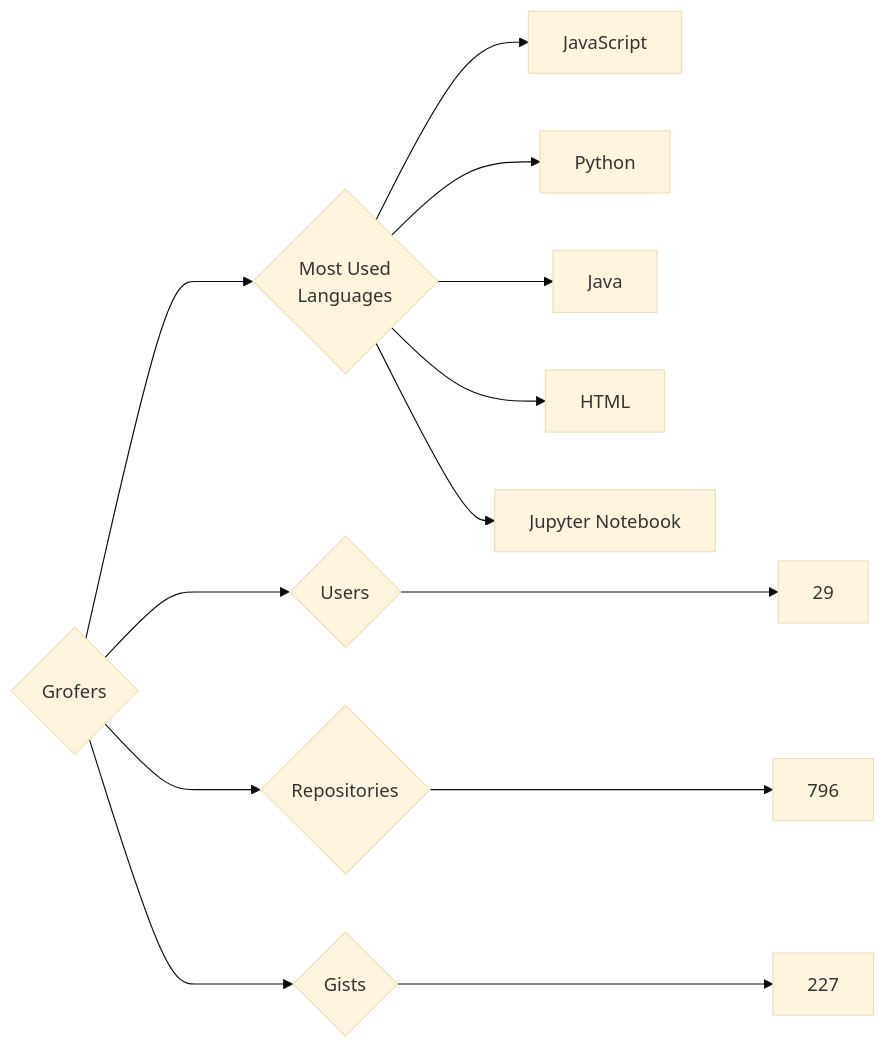
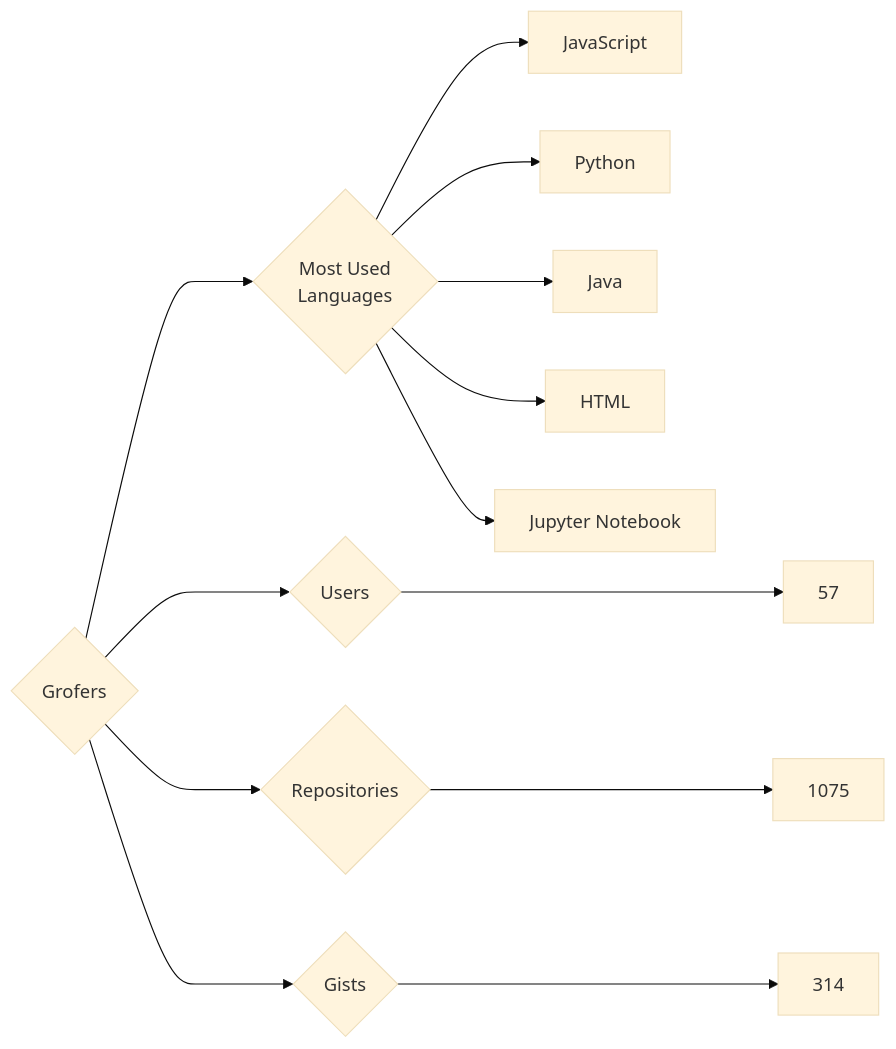
One commit to trickest/insiders changed the diagram in targets/Grofers/README.md. Above: the diagram before and after it, drawn with Mermaid (base theme). The commit also changed 569 other files, not shown here.

````diff
--- a/targets/Grofers/README.md
+++ b/targets/Grofers/README.md
@@ -3,13 +3,13 @@
 ```mermaid
 graph LR
 COMPANY_NAME{Grofers}
-COMPANY_NAME ---> U{Users} ---> UN[29]
-COMPANY_NAME ---> R{Repositories} ---> RN[796]
-COMPANY_NAME ---> G{Gists} ---> GN[227]
+COMPANY_NAME ---> U{Users} ---> UN[57]
+COMPANY_NAME ---> R{Repositories} ---> RN[1075]
+COMPANY_NAME ---> G{Gists} ---> GN[314]
 COMPANY_NAME ---> ML{Most Used<br>Languages}
 ML --> JavaScript[JavaScript]
 ML --> Python[Python]
 ML --> Java[Java]
 ML --> HTML[HTML]
 ML --> Jupyter_Notebook[Jupyter Notebook]
 ```
````
